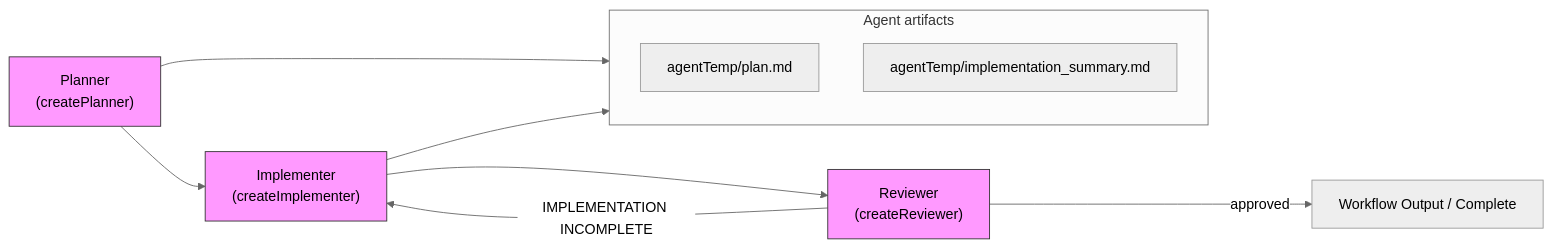
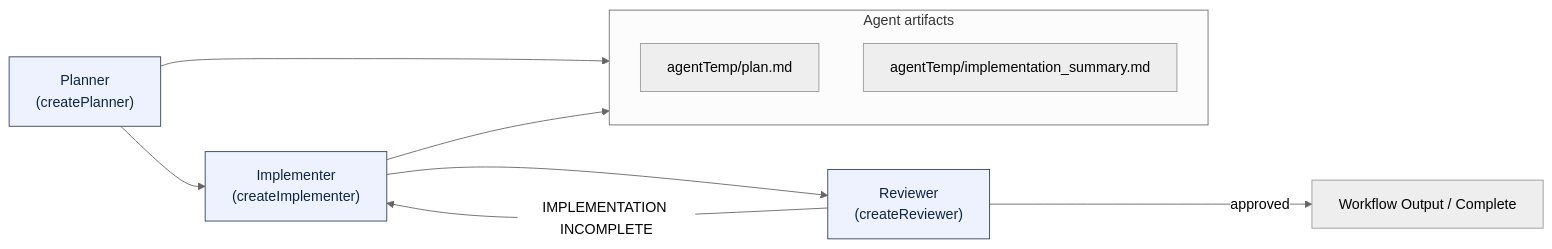
Before and after one commit to coleflennikenmsft/multi-agent-aw: the diagram in README.md, drawn with Mermaid (neutral theme).

Commit message:
fix: update agent class styling in Mermaid diagram

````diff
--- a/README.md
+++ b/README.md
@@ -8,23 +8,23 @@
 ```mermaid
 flowchart LR
   %% Agents
   Planner["Planner\n(createPlanner)"] --> Implementer["Implementer\n(createImplementer)"]
   Implementer --> Reviewer["Reviewer\n(createReviewer)"]
 
   %% Reviewer outcomes
   Reviewer -->|"IMPLEMENTATION INCOMPLETE"| Implementer
   Reviewer -->|"approved"| Complete["Workflow Output / Complete"]
 
   %% Artifacts
   subgraph Artifacts [Agent artifacts]
     direction TB
     PlanFile["agentTemp/plan.md"]
     Summary["agentTemp/implementation_summary.md"]
   end
 
   Planner --> PlanFile
   Implementer --> Summary
 
-  classDef agents fill:#f9f,stroke:#333,stroke-width:1px;
+  classDef agents fill:#eef2ff,stroke:#334155,stroke-width:1px,color:#0b2545;
   class Planner,Implementer,Reviewer agents;
 ```
````
